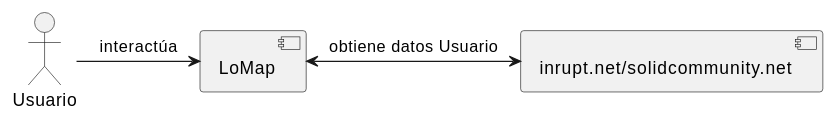
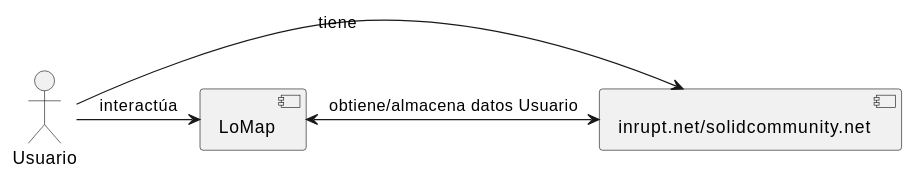
Before and after one commit to Arquisoft/lomap_es5a: the first of 2 diagrams in docs/05_building_block_view.adoc, drawn with PlantUML. The commit also changed other lines of this file, not shown here.

```diff
--- a/docs/05_building_block_view.adoc
+++ b/docs/05_building_block_view.adoc
@@ -8,10 +8,10 @@
 [plantuml, "whitebox-overall-system", png]
 ----
 actor Usuario
 Component LoMap
 Component pod as "inrupt.net/solidcommunity.net"
 
 Usuario -right-> LoMap: interactúa
-
-LoMap <-right-> pod: obtiene datos Usuario
+Usuario -right-> pod: tiene
+LoMap <-right-> pod: obtiene/almacena datos Usuario
 ----
```
